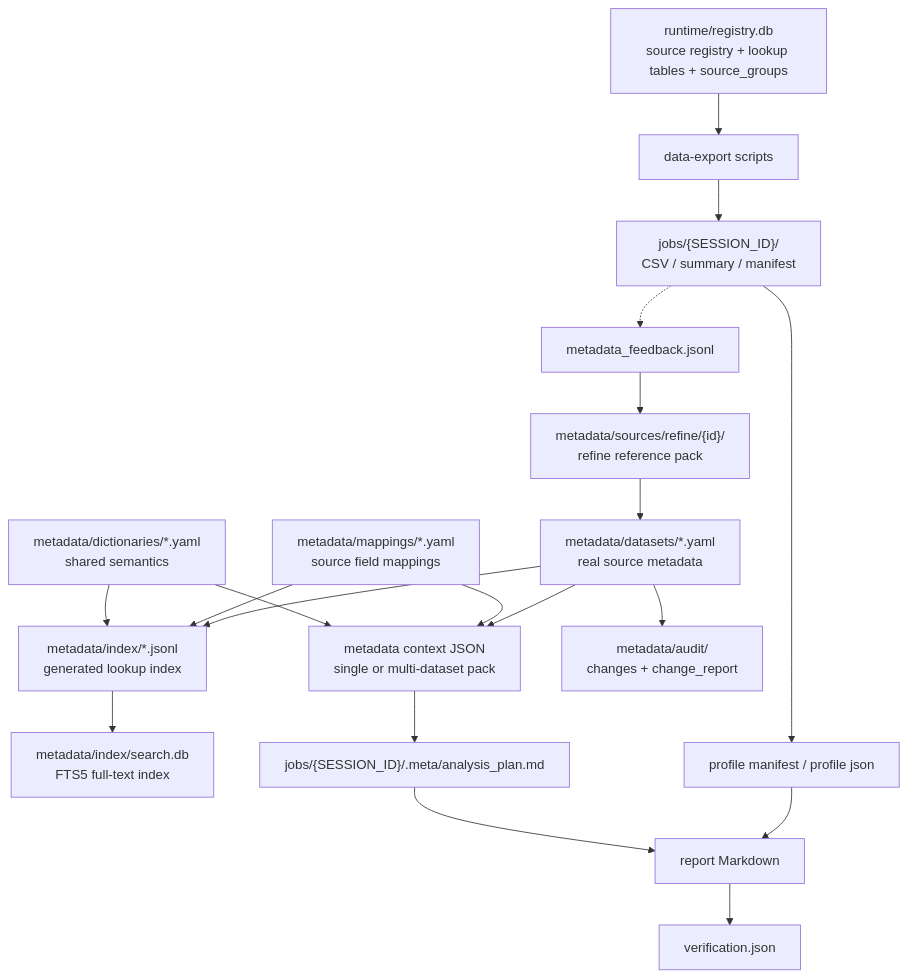
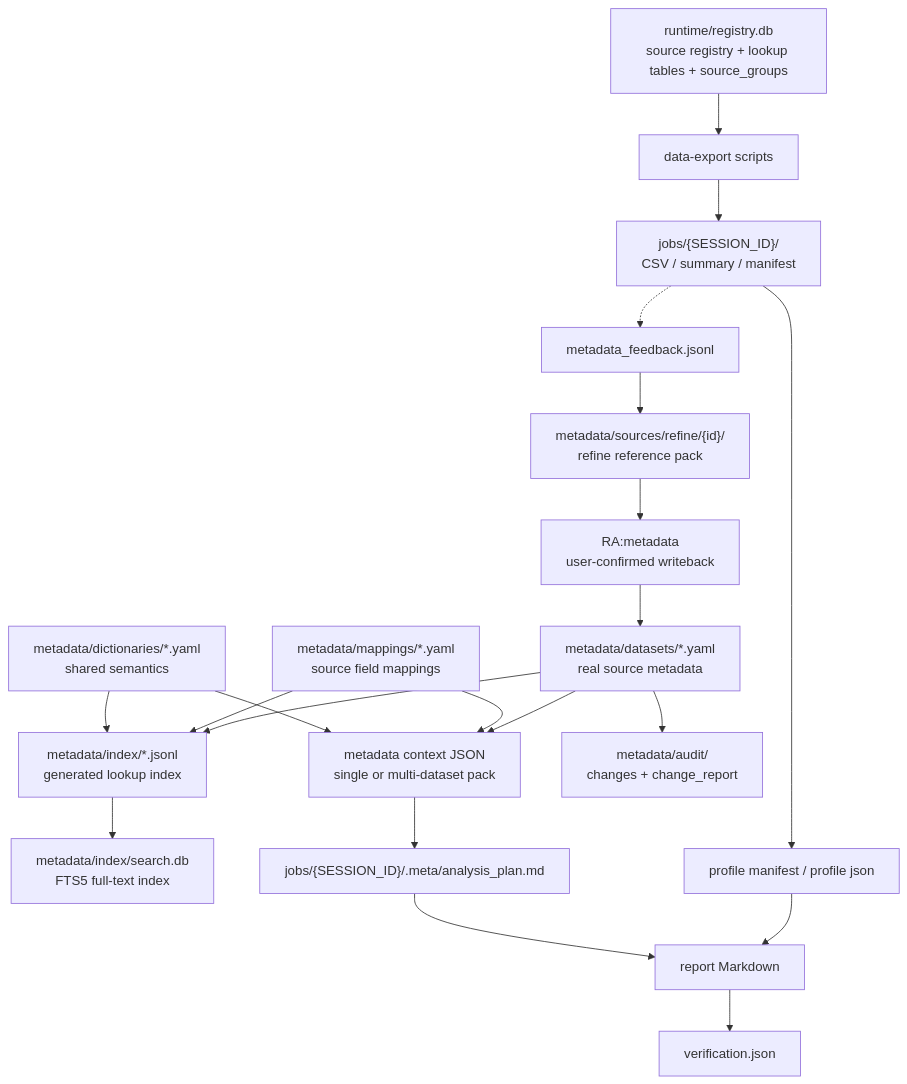
Before and after one commit to dabaige53/RealAnalyst: the second of 3 diagrams in docs/architecture.md, drawn with Mermaid. The commit also changed other lines of this file and 30 other files, not shown here.

````diff
--- a/docs/architecture.md
+++ b/docs/architecture.md
@@ -42,21 +64,22 @@
 ```mermaid
 flowchart TD
     Dictionaries["metadata/dictionaries/*.yaml<br/>shared semantics"] --> IndexFile["metadata/index/*.jsonl<br/>generated lookup index"]
     Mappings["metadata/mappings/*.yaml<br/>source field mappings"] --> IndexFile
     Dataset["metadata/datasets/*.yaml<br/>real source metadata"] --> IndexFile
     IndexFile --> FTS5["metadata/index/search.db<br/>FTS5 full-text index"]
     Dictionaries --> ContextJson["metadata context JSON<br/>single or multi-dataset pack"]
     Mappings --> ContextJson
     Dataset --> ContextJson
     Registry["runtime/registry.db<br/>source registry + lookup tables + source_groups"] --> ExportScript["data-export scripts"]
     ContextJson --> PlanDoc["jobs/{SESSION_ID}/.meta/analysis_plan.md"]
     ExportScript --> JobData["jobs/{SESSION_ID}/<br/>CSV / summary / manifest"]
     JobData --> ProfileJson["profile manifest / profile json"]
     PlanDoc --> ReportMd["report Markdown"]
     ProfileJson --> ReportMd
     ReportMd --> Verification["verification.json"]
     JobData -.-> Feedback["metadata_feedback.jsonl"]
     Feedback --> RefinePack["metadata/sources/refine/{id}/<br/>refine reference pack"]
-    RefinePack --> Dataset
+    RefinePack --> Maintenance2["RA:metadata<br/>user-confirmed writeback"]
+    Maintenance2 --> Dataset
     Dataset --> AuditLog["metadata/audit/<br/>changes + change_report"]
 ```
````
